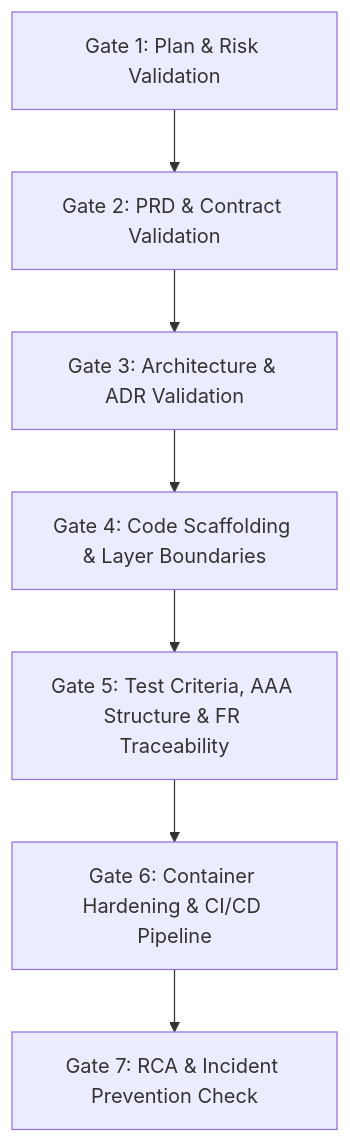
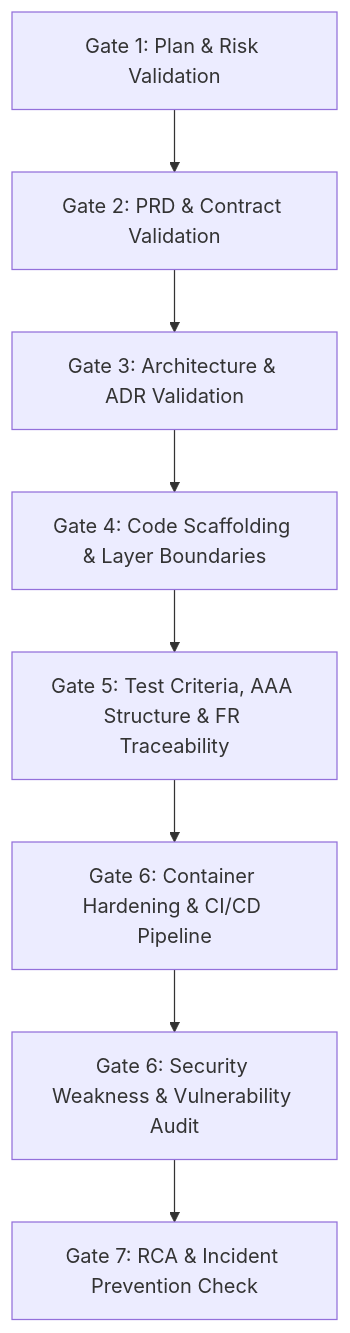
One commit to OpenYantra/SkillForgeAI changed the third of 4 diagrams in GETTING-STARTED.md. Above: the diagram before and after it, drawn with Mermaid. The commit also changed other lines of this file and 24 other files, not shown here.

First line of the commit message:
Merge pull request #1 from rishikesh-net/feature-security-vulnerability-auditor

````diff
--- a/GETTING-STARTED.md
+++ b/GETTING-STARTED.md
@@ -422,9 +454,10 @@
 ```mermaid
 flowchart TD
     G1["Gate 1: Plan & Risk Validation"] --> G2["Gate 2: PRD & Contract Validation"]
     G2 --> G3["Gate 3: Architecture & ADR Validation"]
     G3 --> G4["Gate 4: Code Scaffolding & Layer Boundaries"]
     G4 --> G5["Gate 5: Test Criteria, AAA Structure & FR Traceability"]
-    G5 --> G6["Gate 6: Container Hardening & CI/CD Pipeline"]
-    G6 --> G7["Gate 7: RCA & Incident Prevention Check"]
+    G5 --> G6A["Gate 6: Container Hardening & CI/CD Pipeline"]
+    G6A --> G6B["Gate 6: Security Weakness & Vulnerability Audit"]
+    G6B --> G7["Gate 7: RCA & Incident Prevention Check"]
 ```
````
